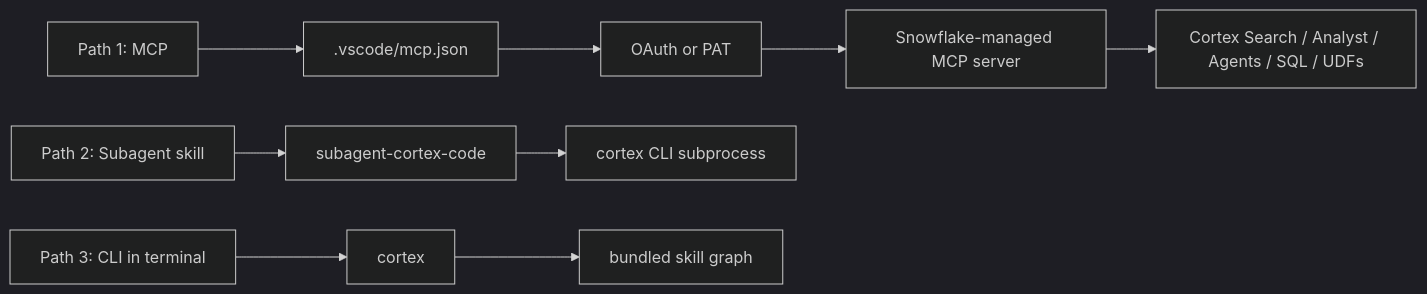
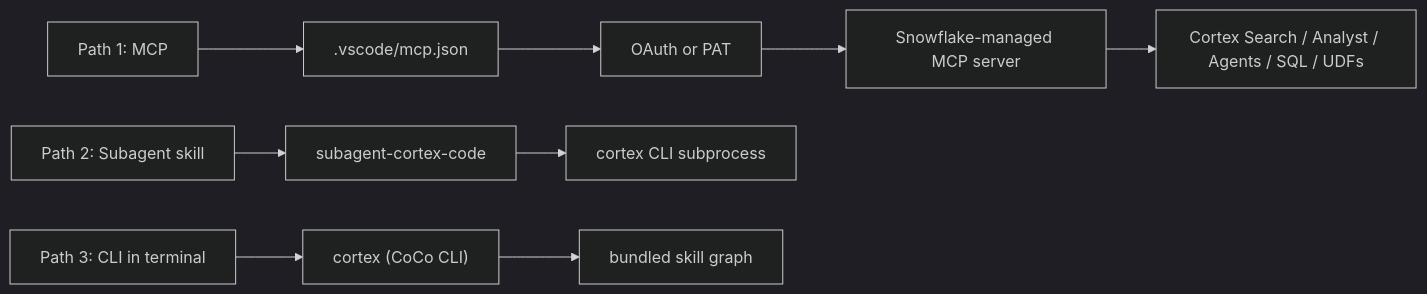
One commit to sfc-gh-miwhitaker/sfe-public changed the first of 2 diagrams in guide-vscode-copilot-cortex/README.md. Above: the diagram before and after it, drawn with Mermaid (dark theme). The commit also changed other lines of this file and 7 other files, not shown here.

````diff
--- a/guide-vscode-copilot-cortex/README.md
+++ b/guide-vscode-copilot-cortex/README.md
@@ -19,6 +23,6 @@
 ```mermaid
 flowchart LR
     P1["Path 1: MCP"] --> Cfg1[".vscode/mcp.json"] --> Auth1["OAuth or PAT"] --> Srv1["Snowflake-managed MCP server"] --> Tools1["Cortex Search / Analyst / Agents / SQL / UDFs"]
     P2["Path 2: Subagent skill"] --> Skill2["subagent-cortex-code"] --> Sub2["cortex CLI subprocess"]
-    P3["Path 3: CLI in terminal"] --> Cli3["cortex"] --> Skills3["bundled skill graph"]
+    P3["Path 3: CLI in terminal"] --> Cli3["cortex (CoCo CLI)"] --> Skills3["bundled skill graph"]
 ```
````
